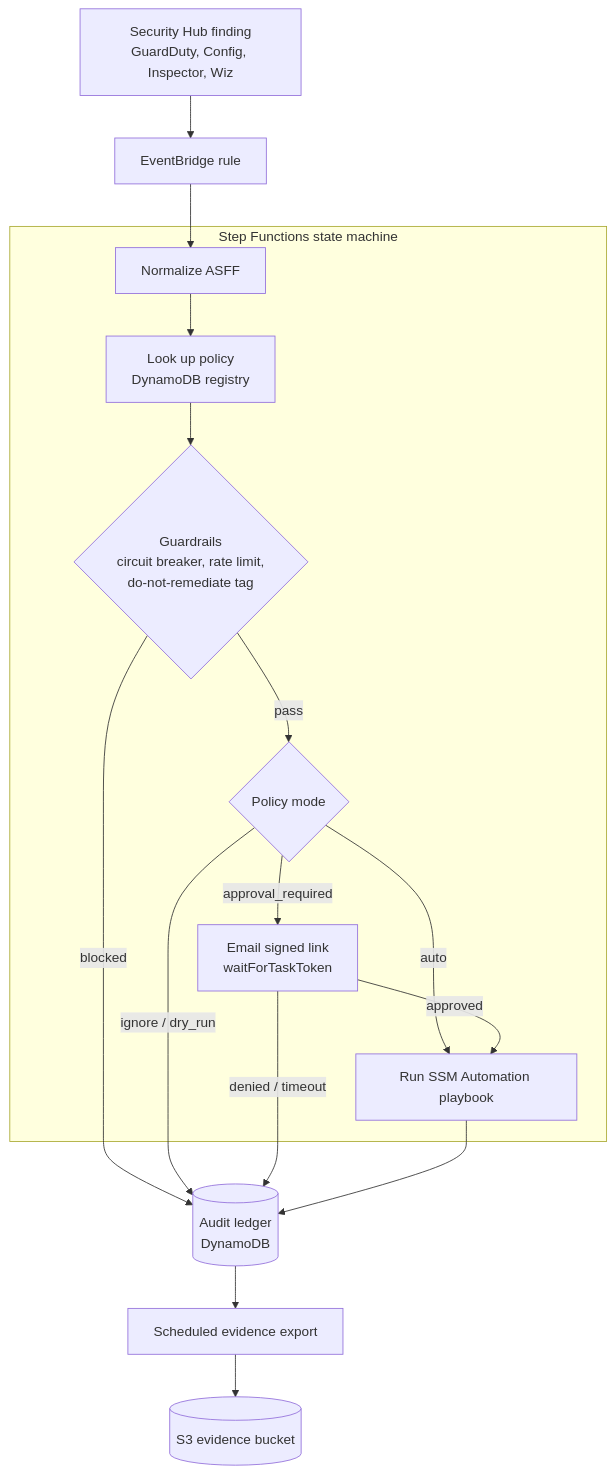
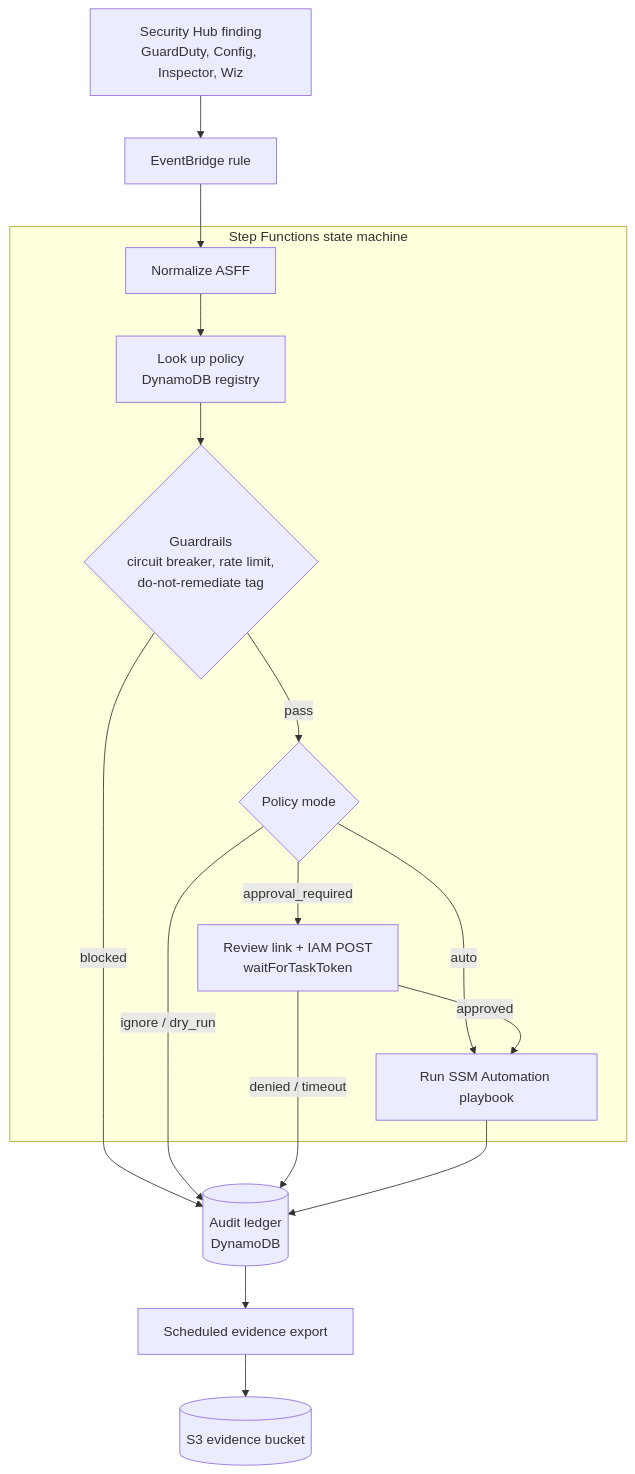
The diagram in README.md (DustyStudy/aws-remediation-orchestrator), drawn with Mermaid before and after one commit. The commit also changed other lines of this file and 33 other files, not shown here.

First line of the commit message:
fix!: process every finding in a batch and require IAM-authenticated approval decisions (#27)

````diff
--- a/README.md
+++ b/README.md
@@ -30,21 +30,21 @@
 ```mermaid
 flowchart TB
   SH["Security Hub finding<br/>GuardDuty, Config, Inspector, Wiz"] --> EB["EventBridge rule"]
   LEDGER[("Audit ledger<br/>DynamoDB")]
   EXPORT["Scheduled evidence export"]
   S3[("S3 evidence bucket")]
   EB --> N
   subgraph SFN["Step Functions state machine"]
     N["Normalize ASFF"] --> P["Look up policy<br/>DynamoDB registry"]
     P --> G{"Guardrails<br/>circuit breaker, rate limit,<br/>do-not-remediate tag"}
     G -- pass --> M{"Policy mode"}
-    M -- approval_required --> A["Email signed link<br/>waitForTaskToken"]
+    M -- approval_required --> A["Review link + IAM POST<br/>waitForTaskToken"]
     M -- auto --> X["Run SSM Automation playbook"]
     A -- approved --> X
   end
   G -- blocked --> LEDGER
   M -- "ignore / dry_run" --> LEDGER
   A -- "denied / timeout" --> LEDGER
   X --> LEDGER
   LEDGER --> EXPORT --> S3
 ```
````
